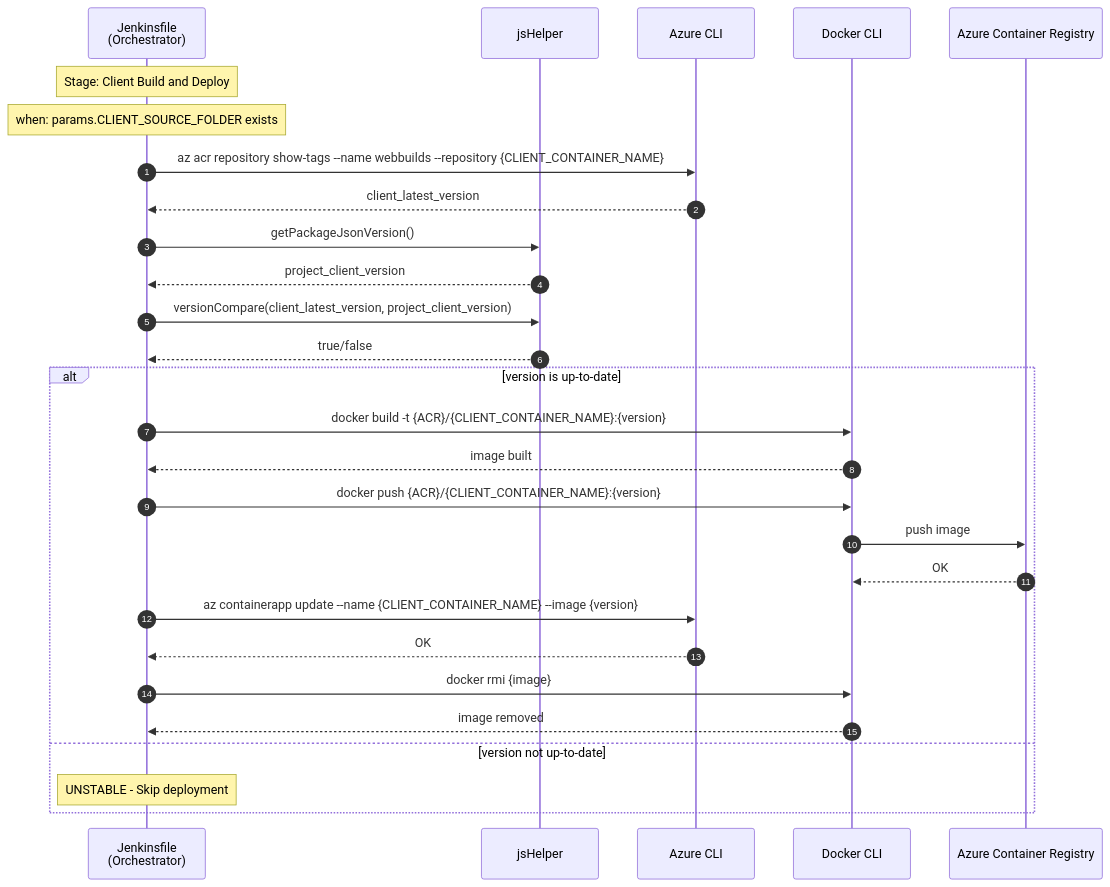
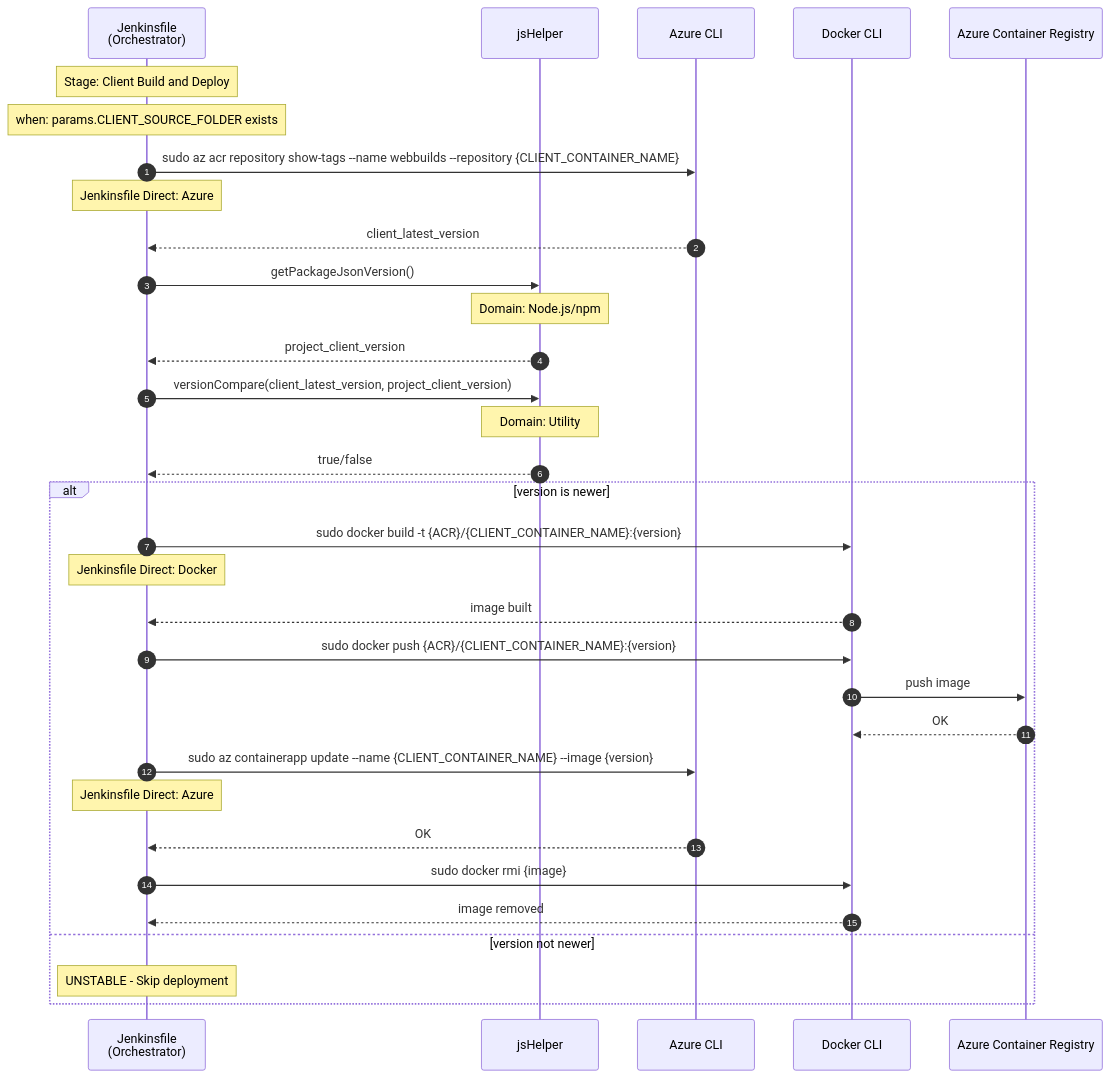
The tenth of 11 diagrams in Voyages/Projects/VARLab-work-transfer/portfolios/devops-jenkins-linux/4-layer-architecture-and-logger-system-integration/problem-analysis/pipeline-sequence-diagrams/js-cd.md (JindoKimKor/Self-Binnacle), drawn with Mermaid before and after one commit. The commit also changed other lines of this file and 55 other files, not shown here.

First line of the commit message:
refactor(4-layer-architecture): Standardize analysis document naming and format

````diff
--- a/Voyages/Projects/VARLab-work-transfer/portfolios/devops-jenkins-linux/4-layer-architecture-and-logger-system-integration/problem-analysis/pipeline-sequence-diagrams/js-cd.md
+++ b/Voyages/Projects/VARLab-work-transfer/portfolios/devops-jenkins-linux/4-layer-architecture-and-logger-system-integration/problem-analysis/pipeline-sequence-diagrams/js-cd.md
@@ -341,39 +357,44 @@
 ```mermaid
 sequenceDiagram
     autonumber
 
     participant JF as Jenkinsfile<br/>(Orchestrator)
     participant JSH as jsHelper
     participant AZ as Azure CLI
     participant Docker as Docker CLI
     participant ACR as Azure Container Registry
 
     Note over JF: Stage: Client Build and Deploy
     Note over JF: when: params.CLIENT_SOURCE_FOLDER exists
 
-    JF->>AZ: az acr repository show-tags --name webbuilds --repository {CLIENT_CONTAINER_NAME}
+    JF->>AZ: sudo az acr repository show-tags --name webbuilds --repository {CLIENT_CONTAINER_NAME}
+    Note over JF: Jenkinsfile Direct: Azure
     AZ-->>JF: client_latest_version
 
     JF->>JSH: getPackageJsonVersion()
+    Note over JSH: Domain: Node.js/npm
     JSH-->>JF: project_client_version
 
     JF->>JSH: versionCompare(client_latest_version, project_client_version)
+    Note over JSH: Domain: Utility
     JSH-->>JF: true/false
 
-    alt version is up-to-date
-        JF->>Docker: docker build -t {ACR}/{CLIENT_CONTAINER_NAME}:{version}
+    alt version is newer
+        JF->>Docker: sudo docker build -t {ACR}/{CLIENT_CONTAINER_NAME}:{version}
+        Note over JF: Jenkinsfile Direct: Docker
         Docker-->>JF: image built
 
-        JF->>Docker: docker push {ACR}/{CLIENT_CONTAINER_NAME}:{version}
+        JF->>Docker: sudo docker push {ACR}/{CLIENT_CONTAINER_NAME}:{version}
         Docker->>ACR: push image
         ACR-->>Docker: OK
 
-        JF->>AZ: az containerapp update --name {CLIENT_CONTAINER_NAME} --image {version}
+        JF->>AZ: sudo az containerapp update --name {CLIENT_CONTAINER_NAME} --image {version}
+        Note over JF: Jenkinsfile Direct: Azure
         AZ-->>JF: OK
 
-        JF->>Docker: docker rmi {image}
+        JF->>Docker: sudo docker rmi {image}
         Docker-->>JF: image removed
-    else version not up-to-date
+    else version not newer
         Note over JF: UNSTABLE - Skip deployment
     end
 ```
````
